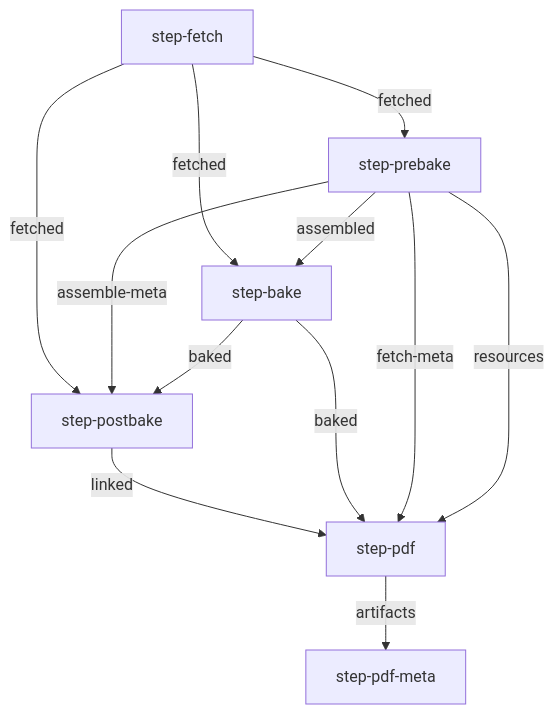
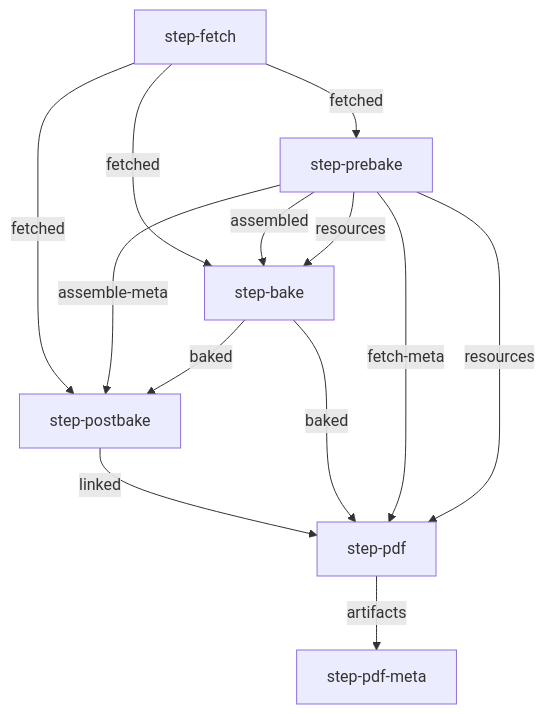
One commit to openstax/enki changed the diagram in README.md. Above: the diagram before and after it, drawn with Mermaid. The commit also changed 4 other files, not shown here.

Commit message:
add resources as dependency of bake step

````diff
--- a/README.md
+++ b/README.md
@@ -124,14 +124,15 @@
 ```mermaid
 graph TB
     step-fetch -- fetched --> step-prebake
     step-fetch -- fetched --> step-bake
     step-prebake -- assembled --> step-bake
+    step-prebake -- resources --> step-bake
     step-fetch -- fetched --> step-postbake
     step-prebake -- assemble-meta --> step-postbake
     step-bake -- baked --> step-postbake
     step-postbake -- linked --> step-pdf
     step-bake -- baked --> step-pdf
     step-prebake -- fetch-meta --> step-pdf
     step-prebake -- resources --> step-pdf
     step-pdf -- artifacts --> step-pdf-meta
 ```
````
